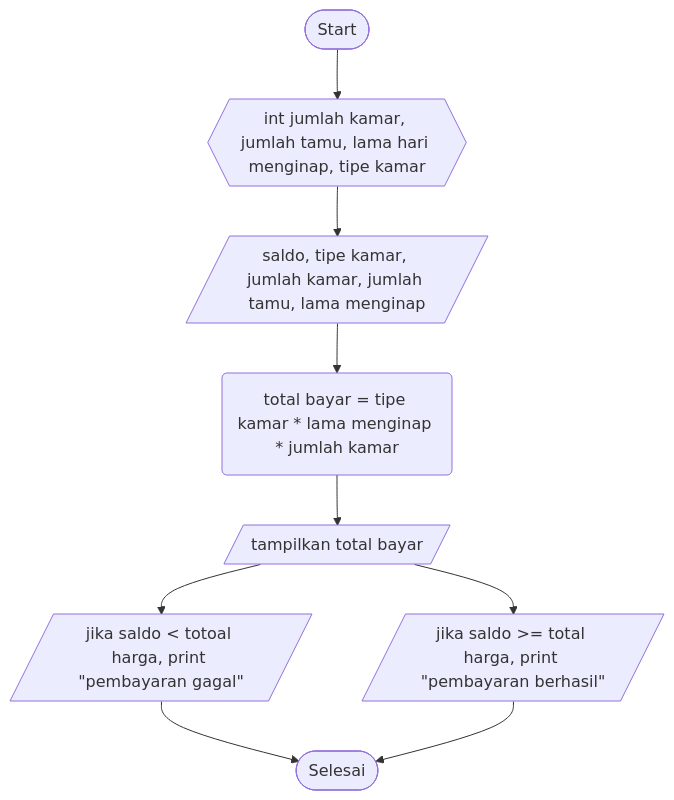
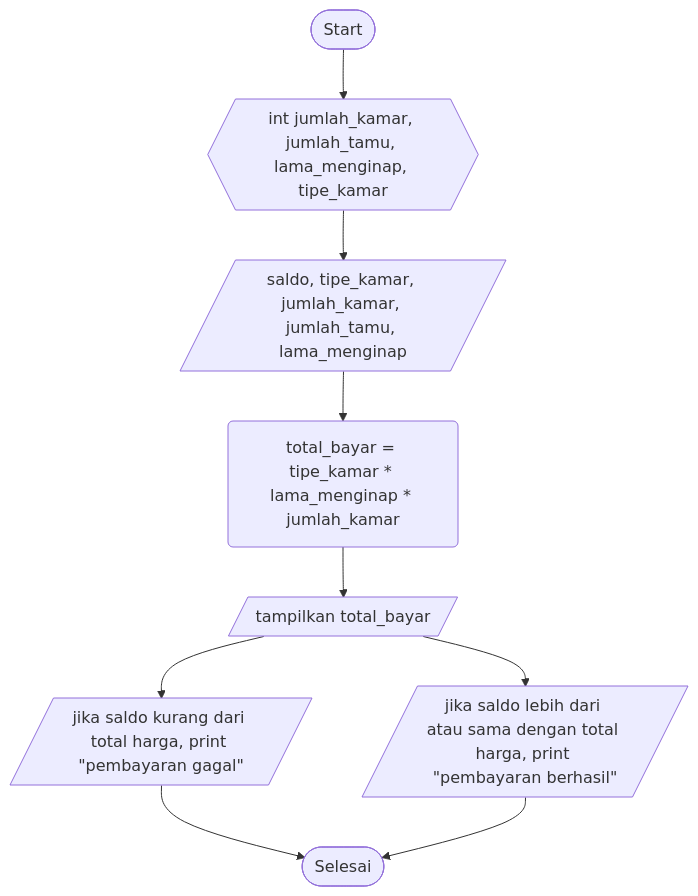
Before and after one commit to SATRIODIANNUGROHO/Sample2.1: the diagram in BookingRuangan.md, drawn with Mermaid.

````diff
--- a/BookingRuangan.md
+++ b/BookingRuangan.md
@@ -1,11 +1,16 @@
 ```mermaid
 flowchart TD;
-    A([Start])-->B{{int jumlah kamar, jumlah tamu, lama hari menginap, tipe kamar}};
-    B{{int jumlah kamar, jumlah tamu, lama hari menginap, tipe kamar}}-->C[/saldo, tipe kamar, jumlah kamar, jumlah tamu, lama menginap/];
-    C[/saldo, tipe kamar, jumlah kamar, jumlah tamu, lama menginap/]-->D(total bayar = tipe kamar * lama menginap * jumlah kamar);
-    D(total bayar = tipe kamar * lama menginap * jumlah kamar)-->E[/tampilkan total bayar/];
-    E[/tampilkan total bayar/]-->F[/jika saldo kurang dari totoal harga, print "pembayaran gagal"/];
-    E[/tampilkan total bayar/]-->G[/jika saldo lebih dari atau sama dengan total harga, print "pembayaran berhasil"/];
-    F[/jika saldo < totoal harga, print "pembayaran gagal"/]-->H([Selesai]);
-    G[/jika saldo >= total harga, print "pembayaran berhasil"/]-->H([Selesai]);
+    A([Start])-->B{{
+        int jumlah_kamar;
+        int jumlah_tamu;
+        int lama_menginap;
+        int tipe_kamar;
+    }};
+    B{{int jumlah_kamar, jumlah_tamu, lama_menginap, tipe_kamar}}-->C[/saldo, tipe_kamar, jumlah_kamar, jumlah_tamu, lama_menginap/];
+    C[/saldo, tipe_kamar, jumlah_kamar, jumlah_tamu, lama_menginap/]-->D(total_bayar = tipe_kamar * lama_menginap * jumlah_kamar);
+    D(total_bayar = tipe_kamar * lama_menginap * jumlah_kamar)-->E[/tampilkan total_bayar/];
+    E[/tampilkan total_bayar/]-->F[/jika saldo kurang dari total harga, print "pembayaran gagal"/];
+    E[/tampilkan total_bayar/]-->G[/jika saldo lebih dari atau sama dengan total harga, print "pembayaran berhasil"/];
+    F[/jika saldo kurang dari total harga, print "pembayaran gagal"/]-->H([Selesai]);
+    G[/jika saldo lebih dari atau sama dengan total harga, print "pembayaran berhasil"/]-->H([Selesai]);
 ```
````
